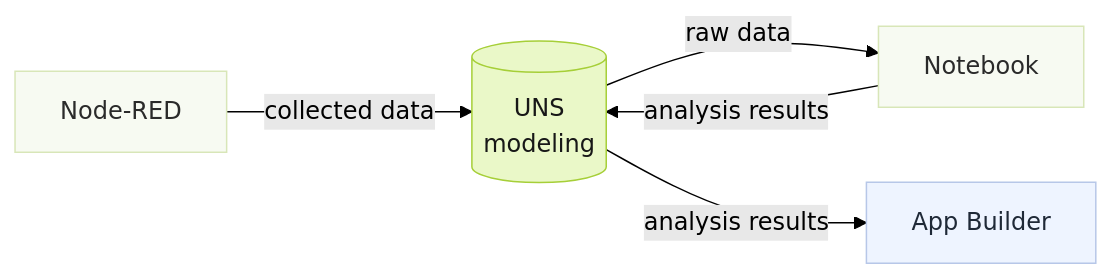
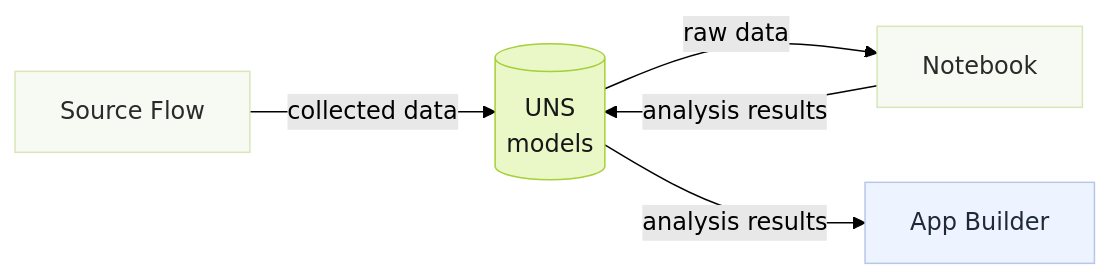
The diagram in src/content/docs/best-practice/analytics-apps.mdx (FREEZONEX/Tier0-docs-site), drawn with Mermaid (forest theme) before and after one commit. The commit also changed other lines of this file and 93 other files, not shown here.

````diff
--- a/src/content/docs/best-practice/analytics-apps.mdx
+++ b/src/content/docs/best-practice/analytics-apps.mdx
@@ -12,14 +12,14 @@
 ```mermaid
 flowchart LR
-  collect["Node-RED"] -->|"collected data"| uns[("UNS<br/>modeling")]
+  collect["Source Flow"] -->|"collected data"| uns[("UNS<br/>models")]
   uns -->|"raw data"| notebook["Notebook"]
   notebook -->|"analysis results"| uns
   uns -->|"analysis results"| builder["App Builder"]
 
   classDef t0accent fill:#EAF8C8,stroke:#A6CF38,stroke-width:1px,color:#171717
   classDef t0soft fill:#F7FAF2,stroke:#D8E6B8,stroke-width:1px,color:#2A2A2A
   classDef t0agent fill:#EEF4FF,stroke:#B7C7E8,stroke-width:1px,color:#1F2937
   class uns t0accent
   class collect,notebook t0soft
   class builder t0agent
 ```
````
